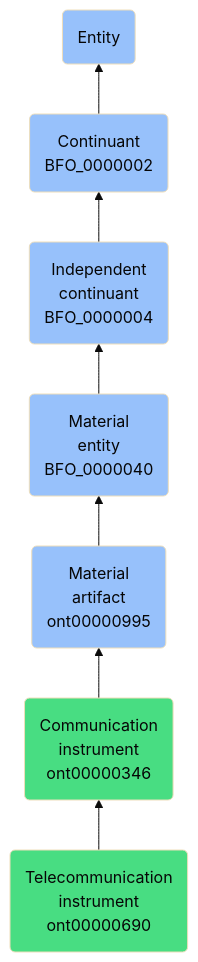
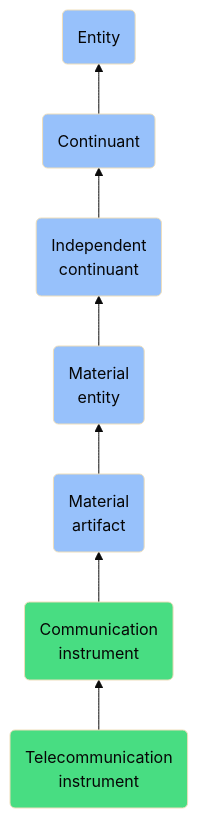
The diagram in docs/ontology/reference/model/Entity/Continuant/Independent continuant/Material entity/Material artifact/Communication instrument/Telecommunication instrument/Telecommunication instrument.md (jupyter-naas/abi), drawn with Mermaid (base theme) before and after one commit. The commit also changed other lines of this file and 1430 other files, not shown here.

````diff
--- a/docs/ontology/reference/model/Entity/Continuant/Independent continuant/Material entity/Material artifact/Communication instrument/Telecommunication instrument/Telecommunication instrument.md
+++ b/docs/ontology/reference/model/Entity/Continuant/Independent continuant/Material entity/Material artifact/Communication instrument/Telecommunication instrument/Telecommunication instrument.md
@@ -24,14 +24,14 @@
 ```mermaid
 graph BT
-    ont00000690(Telecommunication<br>instrument<br>ont00000690):::ABI-->ont00000346
-    ont00000346(Communication<br>instrument<br>ont00000346):::ABI-->ont00000995
-    ont00000995(Material<br>artifact<br>ont00000995):::BFO-->BFO_0000040
-    BFO_0000040(Material<br>entity<br>BFO_0000040):::BFO-->BFO_0000004
-    BFO_0000004(Independent<br>continuant<br>BFO_0000004):::BFO-->BFO_0000002
-    BFO_0000002(Continuant<br>BFO_0000002):::BFO-->BFO_0000001
+    ont00000690(Telecommunication<br>instrument):::ABI-->ont00000346
+    ont00000346(Communication<br>instrument):::ABI-->ont00000995
+    ont00000995(Material<br>artifact):::BFO-->BFO_0000040
+    BFO_0000040(Material<br>entity):::BFO-->BFO_0000004
+    BFO_0000004(Independent<br>continuant):::BFO-->BFO_0000002
+    BFO_0000002(Continuant):::BFO-->BFO_0000001
     BFO_0000001(Entity):::BFO
     
     classDef BFO fill:#97c1fb,color:#060606
     classDef CCO fill:#e4c51e,color:#060606
     classDef ABI fill:#48DD82,color:#060606
 ```
````
